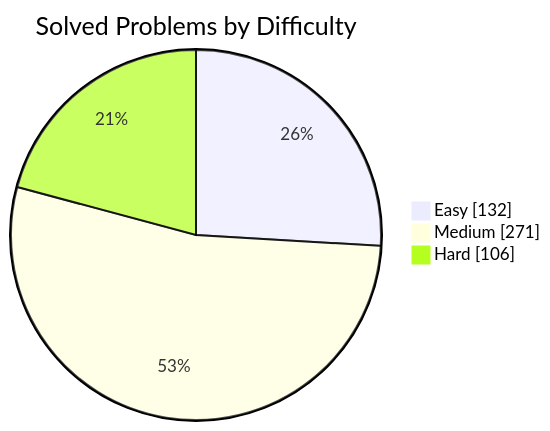
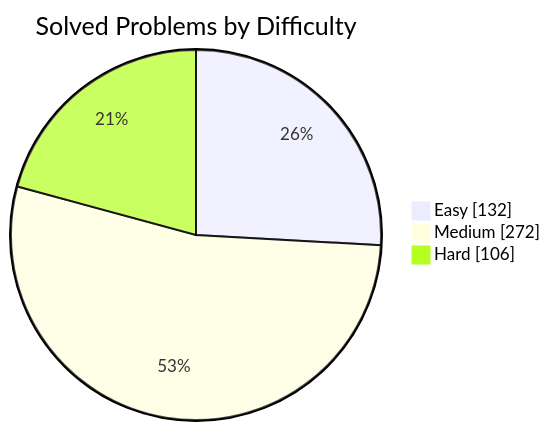
The first of 2 diagrams in README.md (manikantbindass/DSA-Preparation-FAANG), drawn with Mermaid before and after one commit. The commit also changed other lines of this file and 1 other file, not shown here.

````diff
--- a/README.md
+++ b/README.md
@@ -79,7 +79,7 @@
 ```mermaid
 pie showData
     title Solved Problems by Difficulty
     "Easy" : 132
-    "Medium" : 271
+    "Medium" : 272
     "Hard" : 106
 ```
````
